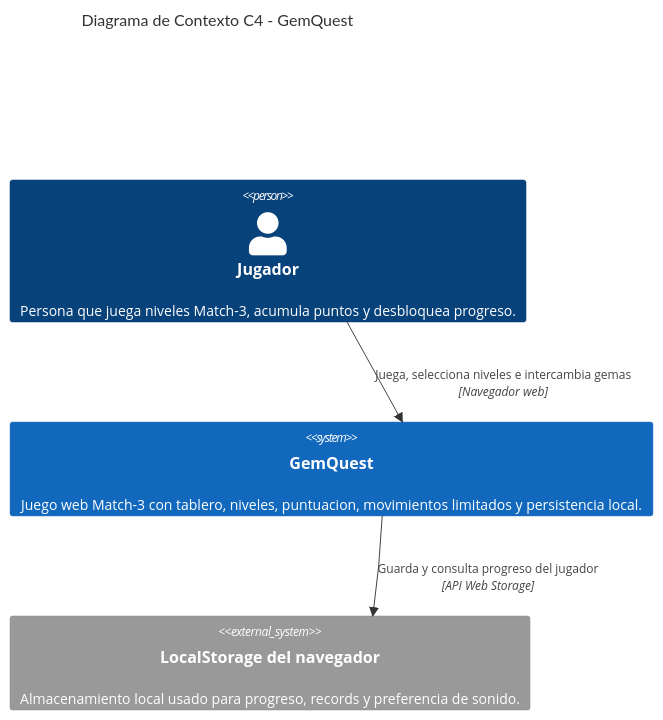
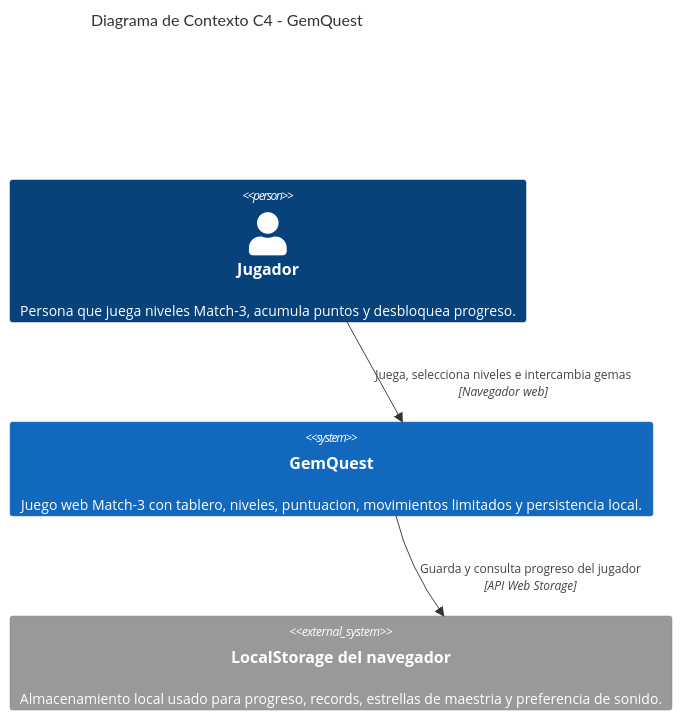
The first of 6 diagrams in docs/modelado.md (sebasbv11/juego-match-3), drawn with Mermaid before and after one commit. The commit also changed other lines of this file, not shown here.

````diff
--- a/docs/modelado.md
+++ b/docs/modelado.md
@@ -379,11 +409,11 @@
 ```mermaid
 C4Context
 title Diagrama de Contexto C4 - GemQuest
 
 Person(jugador, "Jugador", "Persona que juega niveles Match-3, acumula puntos y desbloquea progreso.")
 System(gemquest, "GemQuest", "Juego web Match-3 con tablero, niveles, puntuacion, movimientos limitados y persistencia local.")
-System_Ext(localStorage, "LocalStorage del navegador", "Almacenamiento local usado para progreso, records y preferencia de sonido.")
+System_Ext(localStorage, "LocalStorage del navegador", "Almacenamiento local usado para progreso, records, estrellas de maestria y preferencia de sonido.")
 
 Rel(jugador, gemquest, "Juega, selecciona niveles e intercambia gemas", "Navegador web")
 Rel(gemquest, localStorage, "Guarda y consulta progreso del jugador", "API Web Storage")
 ```
````
